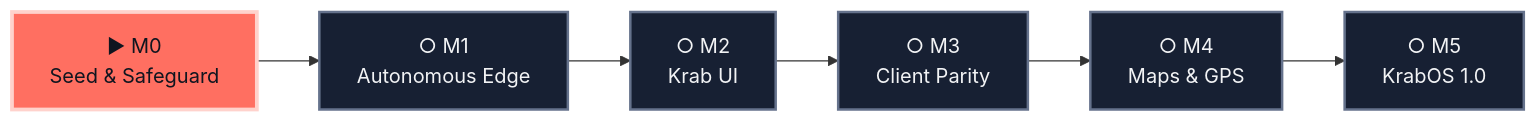
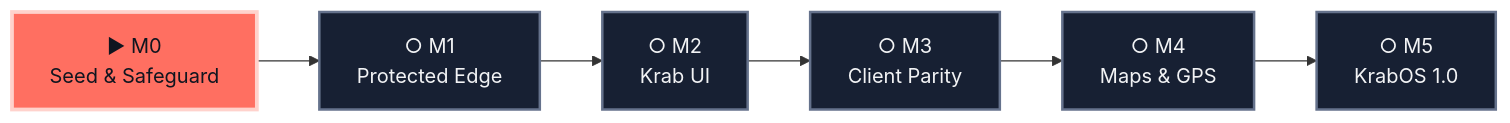
One commit to n30nex/KrabDeck changed the diagram in README.md. Above: the diagram before and after it, drawn with Mermaid. The commit also changed other lines of this file and 10 other files, not shown here.

````diff
--- a/README.md
+++ b/README.md
@@ -46,15 +46,15 @@
 ```mermaid
 flowchart LR
-    M0["▶ M0<br/>Seed & Safeguard"] --> M1["○ M1<br/>Autonomous Edge"]
+    M0["▶ M0<br/>Seed & Safeguard"] --> M1["○ M1<br/>Protected Edge"]
     M1 --> M2["○ M2<br/>Krab UI"]
     M2 --> M3["○ M3<br/>Client Parity"]
     M3 --> M4["○ M4<br/>Maps & GPS"]
     M4 --> M5["○ M5<br/>KrabOS 1.0"]
 
     classDef complete fill:#163c32,stroke:#57d7a0,color:#ffffff,stroke-width:2px
     classDef active fill:#ff6f61,stroke:#ffd2cc,color:#10151f,stroke-width:3px
     classDef planned fill:#172033,stroke:#65728c,color:#f2f3f5,stroke-width:2px
     classDef blocked fill:#5c1f2b,stroke:#ff6680,color:#ffffff,stroke-width:3px
     class M0 active
     class M1,M2,M3,M4,M5 planned
 ```
````
